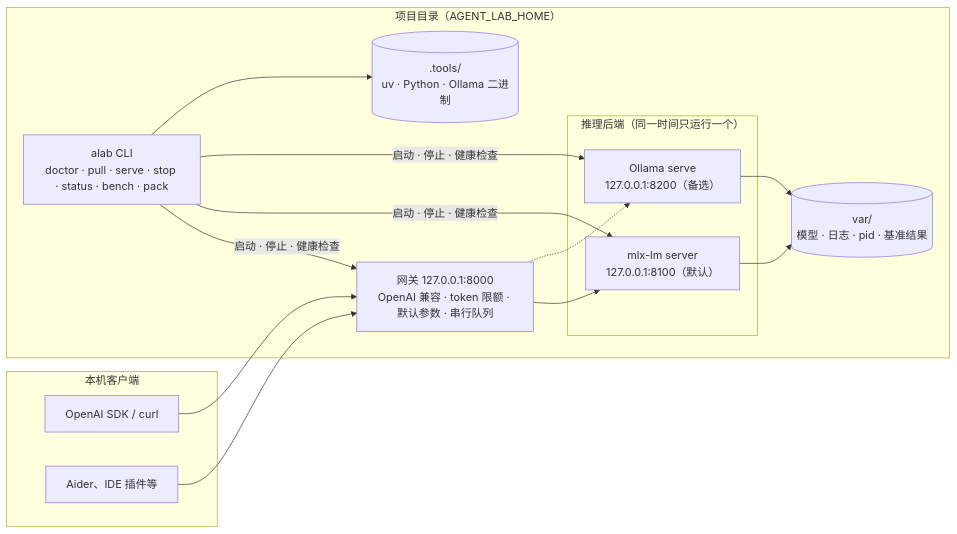
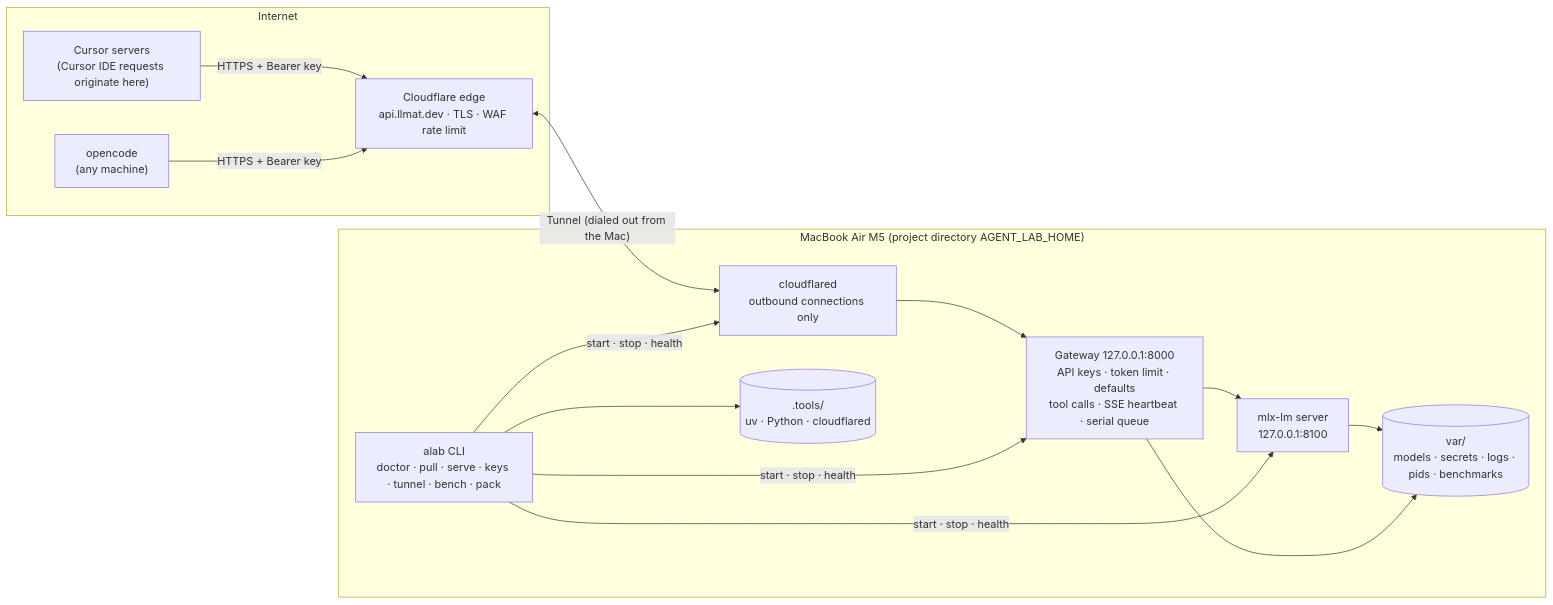
The diagram in docs/design.md (likefudan/agent-lab), drawn with Mermaid before and after one commit. The commit also changed other lines of this file and 18 other files, not shown here.

First line of the commit message:
Revise design: mlx-lm only, served at api.llmat.dev for Cursor and opencode (docs in English) (#3)

````diff
--- a/docs/design.md
+++ b/docs/design.md
@@ -191,29 +207,29 @@
 ```mermaid
 flowchart LR
-    subgraph Clients["本机客户端"]
-        SDK["OpenAI SDK / curl"]
-        Tools["Aider、IDE 插件等"]
+    subgraph Remote["Internet"]
+        CursorSrv["Cursor servers<br/>(Cursor IDE requests originate here)"]
+        OpenCode["opencode<br/>(any machine)"]
+        Edge["Cloudflare edge<br/>api.llmat.dev · TLS · WAF rate limit"]
     end
 
-    subgraph Home["项目目录（AGENT_LAB_HOME）"]
-        CLI["alab CLI<br/>doctor · pull · serve · stop · status · bench · pack"]
-        GW["网关 127.0.0.1:8000<br/>OpenAI 兼容 · token 限额 · 默认参数 · 串行队列"]
-        subgraph Backends["推理后端（同一时间只运行一个）"]
-            MLX["mlx-lm server<br/>127.0.0.1:8100（默认）"]
-            OLL["Ollama serve<br/>127.0.0.1:8200（备选）"]
-        end
-        Store[("var/<br/>模型 · 日志 · pid · 基准结果")]
-        Tool[(".tools/<br/>uv · Python · Ollama 二进制")]
+    subgraph Mac["MacBook Air M5 (project directory AGENT_LAB_HOME)"]
+        CF["cloudflared<br/>outbound connections only"]
+        GW["Gateway 127.0.0.1:8000<br/>API keys · token limit · defaults<br/>tool calls · SSE heartbeat · serial queue"]
+        MLX["mlx-lm server<br/>127.0.0.1:8100"]
+        CLI["alab CLI<br/>doctor · pull · serve · keys · tunnel · bench · pack"]
+        Store[("var/<br/>models · secrets · logs · pids · benchmarks")]
+        Tool[(".tools/<br/>uv · Python · cloudflared")]
     end
 
-    SDK --> GW
-    Tools --> GW
-    CLI -->|"启动 · 停止 · 健康检查"| GW
-    CLI -->|"启动 · 停止 · 健康检查"| MLX
-    CLI -->|"启动 · 停止 · 健康检查"| OLL
+    CursorSrv -->|HTTPS + Bearer key| Edge
+    OpenCode -->|HTTPS + Bearer key| Edge
+    Edge <-->|"Tunnel (dialed out from the Mac)"| CF
+    CF --> GW
     GW --> MLX
-    GW -.-> OLL
+    CLI -->|"start · stop · health"| CF
+    CLI -->|"start · stop · health"| GW
+    CLI -->|"start · stop · health"| MLX
     MLX --> Store
-    OLL --> Store
+    GW --> Store
     CLI --> Tool
 ```
````
